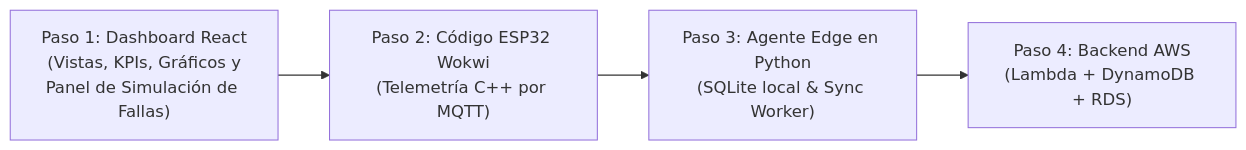
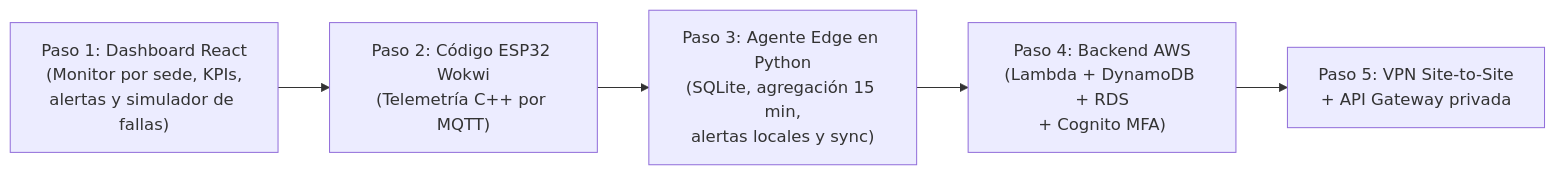
Before and after one commit to Aburahamu20/Induplac: the diagram in docs/CONTEXTO.md, drawn with Mermaid. The commit also changed other lines of this file and 1 other file, not shown here.

````diff
--- a/docs/CONTEXTO.md
+++ b/docs/CONTEXTO.md
@@ -141,6 +170,7 @@
 ```mermaid
 flowchart LR
-    P1["Paso 1: Dashboard React<br/>(Vistas, KPIs, Gráficos y<br/>Panel de Simulación de Fallas)"] --> P2["Paso 2: Código ESP32 Wokwi<br/>(Telemetría C++ por MQTT)"]
-    P2 --> P3["Paso 3: Agente Edge en Python<br/>(SQLite local & Sync Worker)"]
-    P3 --> P4["Paso 4: Backend AWS<br/>(Lambda + DynamoDB + RDS)"]
+    P1["Paso 1: Dashboard React<br/>(Monitor por sede, KPIs,<br/>alertas y simulador de fallas)"] --> P2["Paso 2: Código ESP32 Wokwi<br/>(Telemetría C++ por MQTT)"]
+    P2 --> P3["Paso 3: Agente Edge en Python<br/>(SQLite, agregación 15 min,<br/>alertas locales y sync)"]
+    P3 --> P4["Paso 4: Backend AWS<br/>(Lambda + DynamoDB + RDS<br/>+ Cognito MFA)"]
+    P4 --> P5["Paso 5: VPN Site-to-Site<br/>+ API Gateway privada"]
 ```
````
